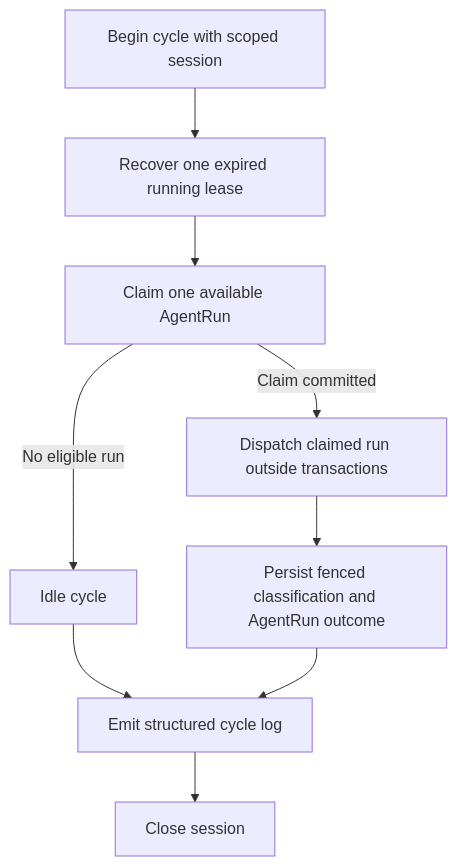
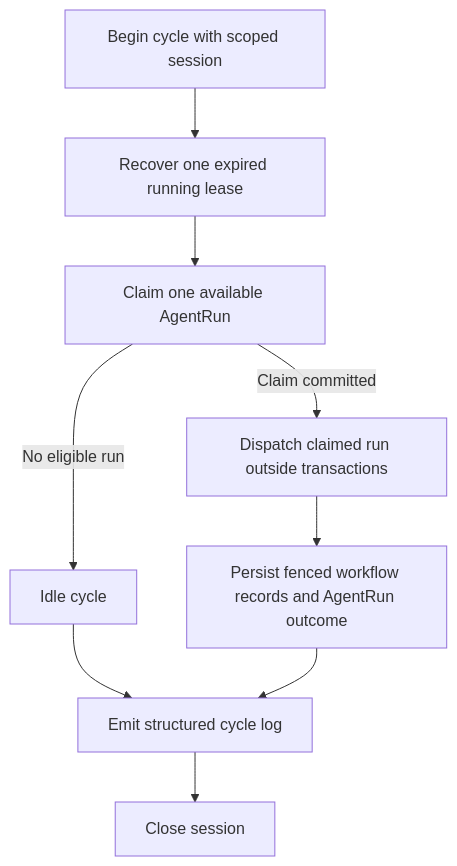
Before and after one commit to philgodoy96/supportops-ai-platform: the third of 8 diagrams in docs/architecture/runtime-topology.md, drawn with Mermaid. The commit also changed other lines of this file and 11 other files, not shown here.

````diff
--- a/docs/architecture/runtime-topology.md
+++ b/docs/architecture/runtime-topology.md
@@ -215,20 +235,20 @@
 ```mermaid
 flowchart TD
     Start[Begin cycle with scoped session]
     Recover[Recover one expired running lease]
     Claim[Claim one available AgentRun]
     Idle[Idle cycle]
     Process[Dispatch claimed run outside transactions]
-    Persist[Persist fenced classification and AgentRun outcome]
+    Persist[Persist fenced workflow records and AgentRun outcome]
     Log[Emit structured cycle log]
     Close[Close session]
 
     Start --> Recover
     Recover --> Claim
     Claim -->|No eligible run| Idle
     Claim -->|Claim committed| Process
     Idle --> Log
     Process --> Persist
     Persist --> Log
     Log --> Close
 ```
````
